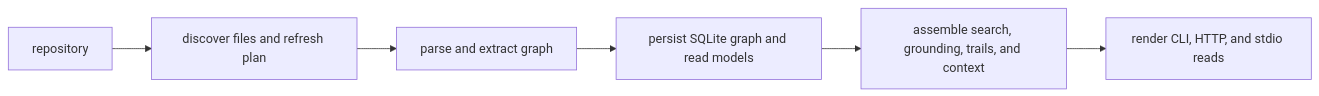
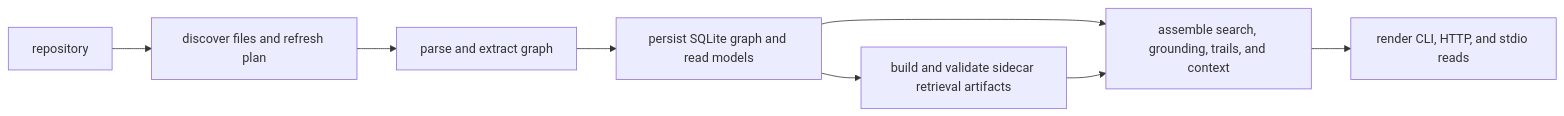
The first of 2 diagrams in docs/architecture/overview.md (TheGreenCedar/CodeStory), drawn with Mermaid before and after one commit. The commit also changed other lines of this file and 13 other files, not shown here.

````diff
--- a/docs/architecture/overview.md
+++ b/docs/architecture/overview.md
@@ -8,8 +8,10 @@
 ```mermaid
 flowchart LR
     Repo["repository"] --> Workspace["discover files and refresh plan"]
     Workspace --> Indexer["parse and extract graph"]
     Indexer --> Store["persist SQLite graph and read models"]
+    Store --> Retrieval["build and validate sidecar retrieval artifacts"]
     Store --> Runtime["assemble search, grounding, trails, and context"]
+    Retrieval --> Runtime
     Runtime --> CLI["render CLI, HTTP, and stdio reads"]
 ```
````
